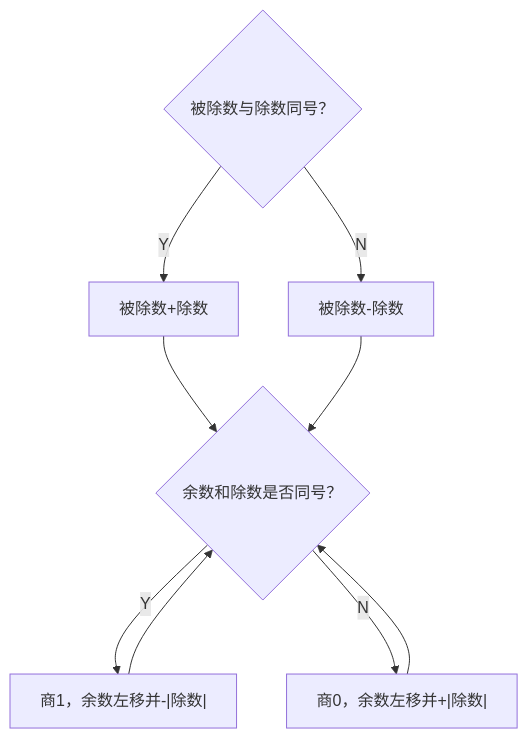
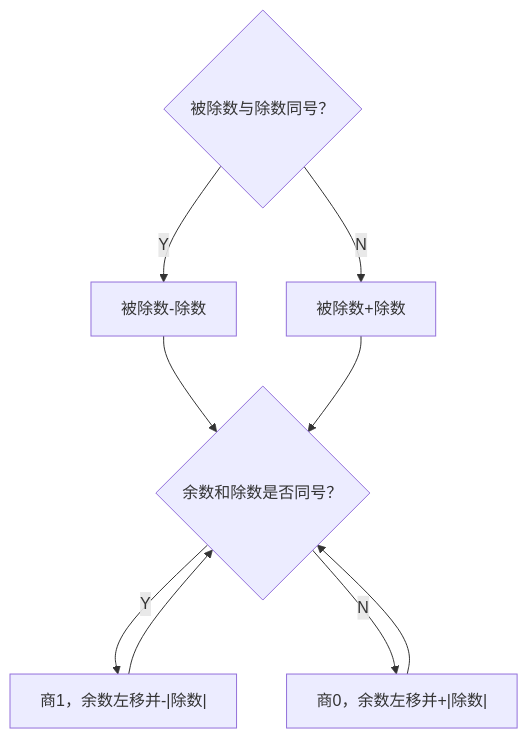
Before and after one commit to GreenHandHand/markdown-note: the third of 3 diagrams in 计算机组成原理/数值的表示.md, drawn with Mermaid. The commit also changed other lines of this file and 2 other files, not shown here.

````diff
--- a/计算机组成原理/数值的表示.md
+++ b/计算机组成原理/数值的表示.md
@@ -321,7 +320,7 @@
 ```mermaid
 graph TD
 B{"余数和除数是否同号？"}-->|Y|C["商1，余数左移并-|除数|"]-->B
-F{"被除数与除数同号？"}-->|Y|G["被除数+除数"]-->B
+F{"被除数与除数同号？"}-->|Y|G["被除数-除数"]-->B
 B-->|N|D["商0，余数左移并+|除数|"]-->B
-F-->|N|H["被除数-除数"]-->B
+F-->|N|H["被除数+除数"]-->B
 ```
````
